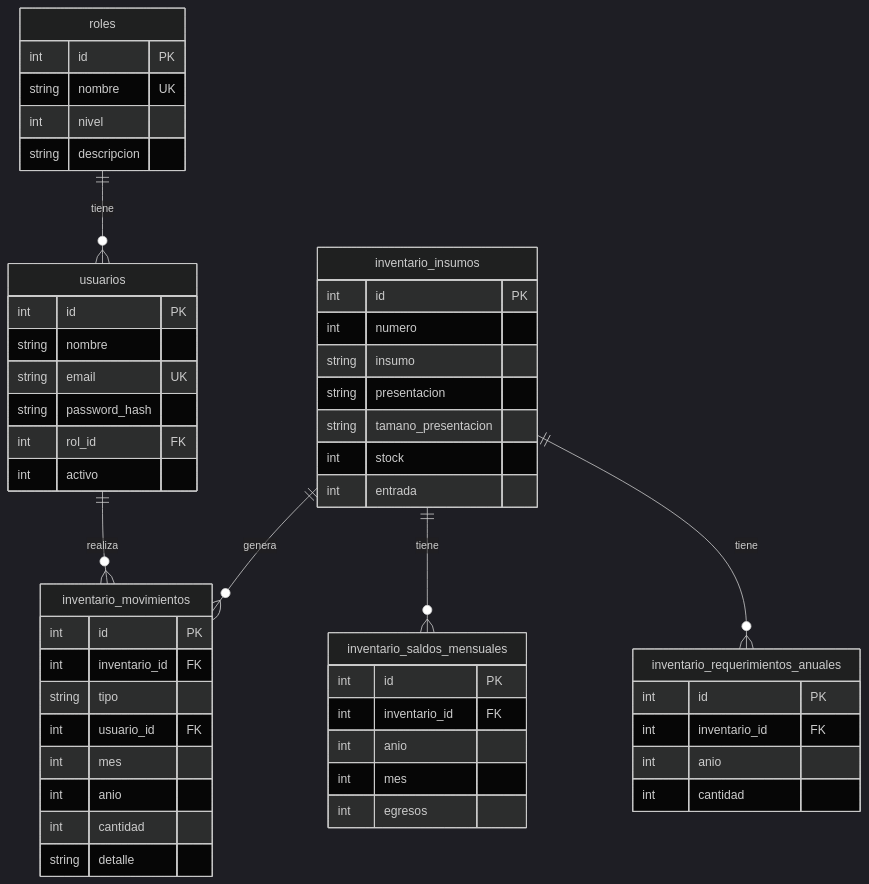
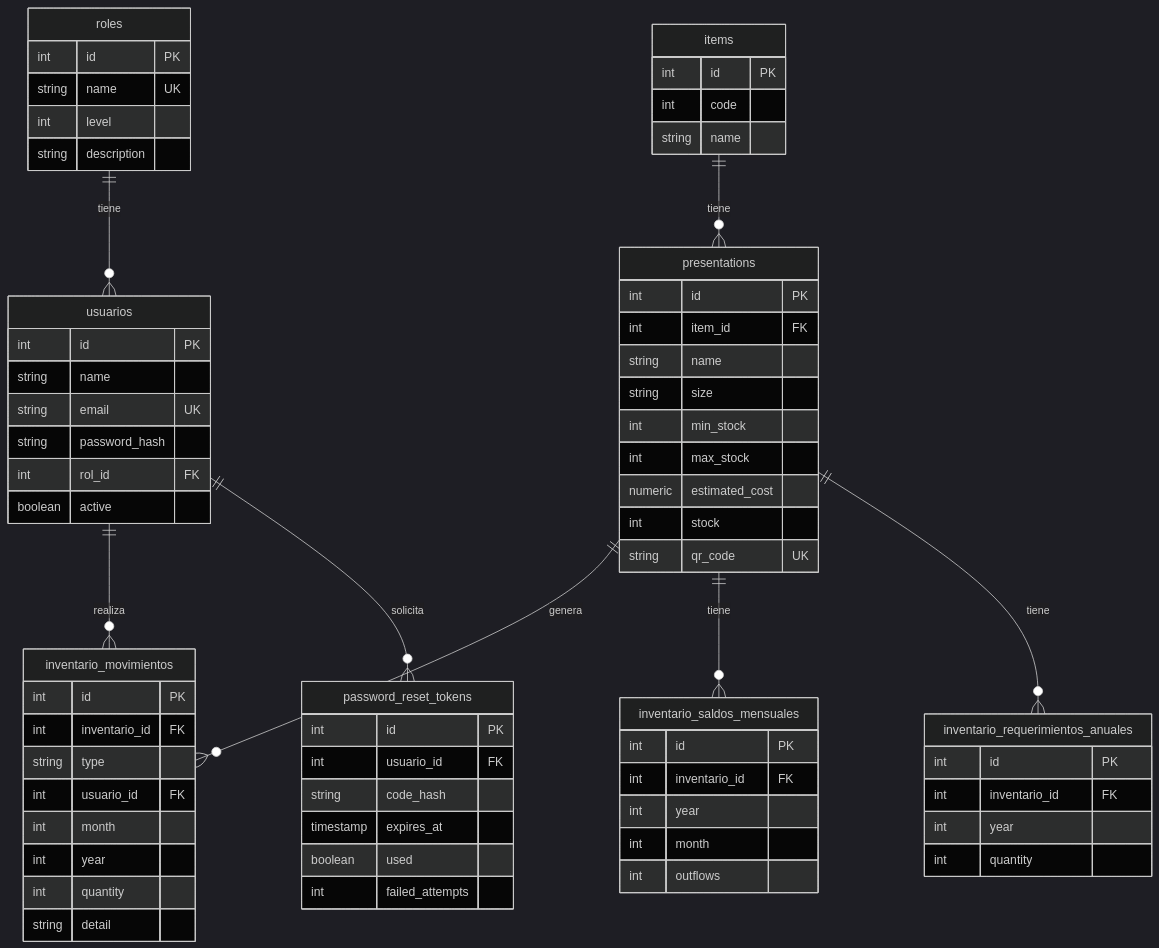
The first of 4 diagrams in README.md (CarlosOrozco-1/gestion-inventario-sprinReact), drawn with Mermaid (dark theme) before and after one commit. The commit also changed other lines of this file and 5 other files, not shown here.

````diff
--- a/README.md
+++ b/README.md
@@ -61,60 +61,79 @@
 ```mermaid
 erDiagram
     roles {
         int id PK
-        string nombre UK
-        int nivel
-        string descripcion
+        string name UK
+        int level
+        string description
     }
 
     usuarios {
         int id PK
-        string nombre
+        string name
         string email UK
         string password_hash
         int rol_id FK
-        int activo
+        boolean active
     }
 
-    inventario_insumos {
+    items {
         int id PK
-        int numero
-        string insumo
-        string presentacion
-        string tamano_presentacion
+        int code
+        string name
+    }
+
+    presentations {
+        int id PK
+        int item_id FK
+        string name
+        string size
+        int min_stock
+        int max_stock
+        numeric estimated_cost
         int stock
-        int entrada
+        string qr_code UK
+    }
+
+    inventario_movimientos {
+        int id PK
+        int inventario_id FK
+        string type
+        int usuario_id FK
+        int month
+        int year
+        int quantity
+        string detail
     }
 
     inventario_saldos_mensuales {
         int id PK
         int inventario_id FK
-        int anio
-        int mes
-        int egresos
+        int year
+        int month
+        int outflows
     }
 
     inventario_requerimientos_anuales {
         int id PK
         int inventario_id FK
-        int anio
-        int cantidad
+        int year
+        int quantity
     }
 
-    inventario_movimientos {
+    password_reset_tokens {
         int id PK
-        int inventario_id FK
-        string tipo
         int usuario_id FK
-        int mes
-        int anio
-        int cantidad
-        string detalle
+        string code_hash
+        timestamp expires_at
+        boolean used
+        int failed_attempts
     }
 
     roles ||--o{ usuarios : "tiene"
+    items ||--o{ presentations : "tiene"
+    presentations ||--o{ inventario_movimientos : "genera"
     usuarios ||--o{ inventario_movimientos : "realiza"
-    inventario_insumos ||--o{ inventario_movimientos : "genera"
-    inventario_insumos ||--o{ inventario_saldos_mensuales : "tiene"
-    inventario_insumos ||--o{ inventario_requerimientos_anuales : "tiene"
+    presentations ||--o{ inventario_saldos_mensuales : "tiene"
+    presentations ||--o{ inventario_requerimientos_anuales : "tiene"
+    usuarios ||--o{ password_reset_tokens : "solicita"
 ```
````
